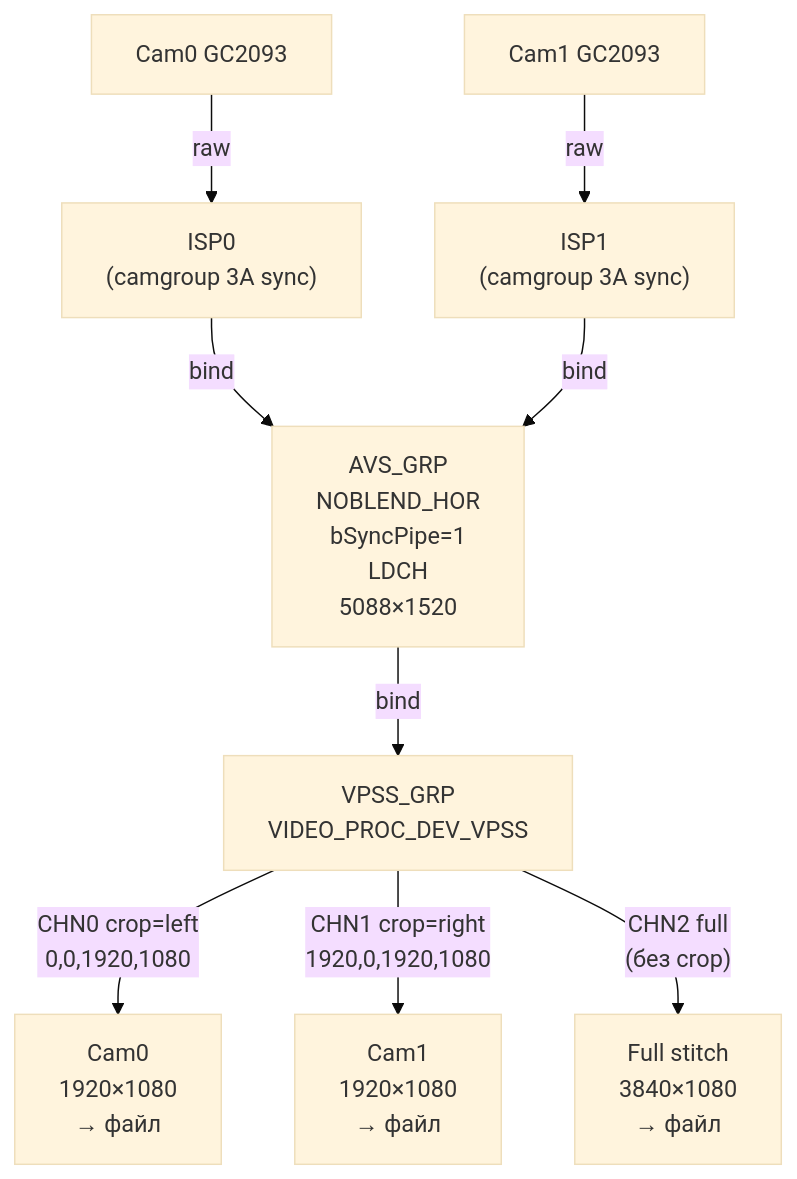
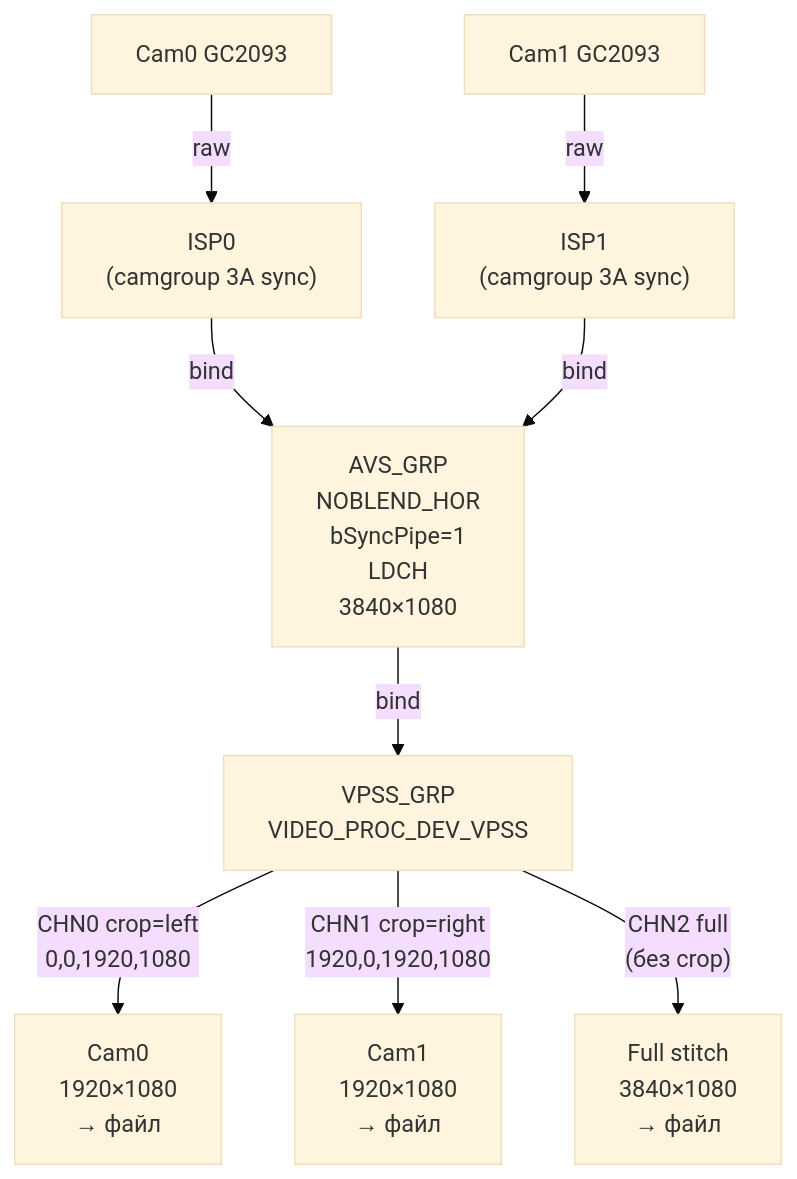
Diagram 16 of 17 in README.md (vovach777/rv1126b_temp), drawn with Mermaid (base theme) before and after one commit. The commit also changed other lines of this file and 1 other file, not shown here.

````diff
--- a/README.md
+++ b/README.md
@@ -3227,12 +3227,12 @@
 ```mermaid
 flowchart TD
     C0["Cam0 GC2093"] -->|raw| ISP0["ISP0\n(camgroup 3A sync)"]
     C1["Cam1 GC2093"] -->|raw| ISP1["ISP1\n(camgroup 3A sync)"]
-    ISP0 -->|bind| AVS["AVS_GRP\nNOBLEND_HOR\nbSyncPipe=1\nLDCH\n5088×1520"]
+    ISP0 -->|bind| AVS["AVS_GRP\nNOBLEND_HOR\nbSyncPipe=1\nLDCH\n3840×1080"]
     ISP1 -->|bind| AVS
     AVS -->|bind| VPSS["VPSS_GRP\nVIDEO_PROC_DEV_VPSS"]
 
     VPSS -->|"CHN0 crop=left\n0,0,1920,1080"| CAM0["Cam0\n1920×1080\n→ файл"]
     VPSS -->|"CHN1 crop=right\n1920,0,1920,1080"| CAM1["Cam1\n1920×1080\n→ файл"]
     VPSS -->|"CHN2 full\n(без crop)"| FULL["Full stitch\n3840×1080\n→ файл"]
 ```
````
